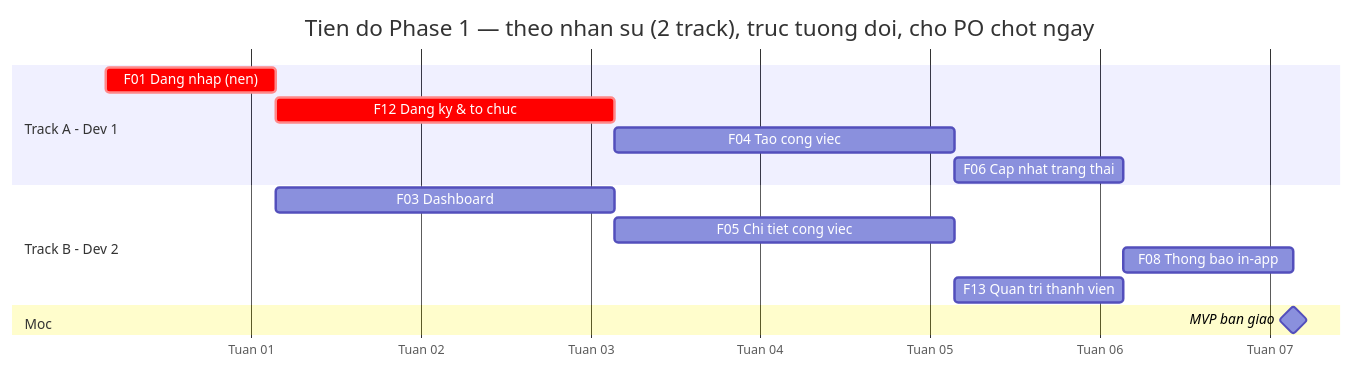
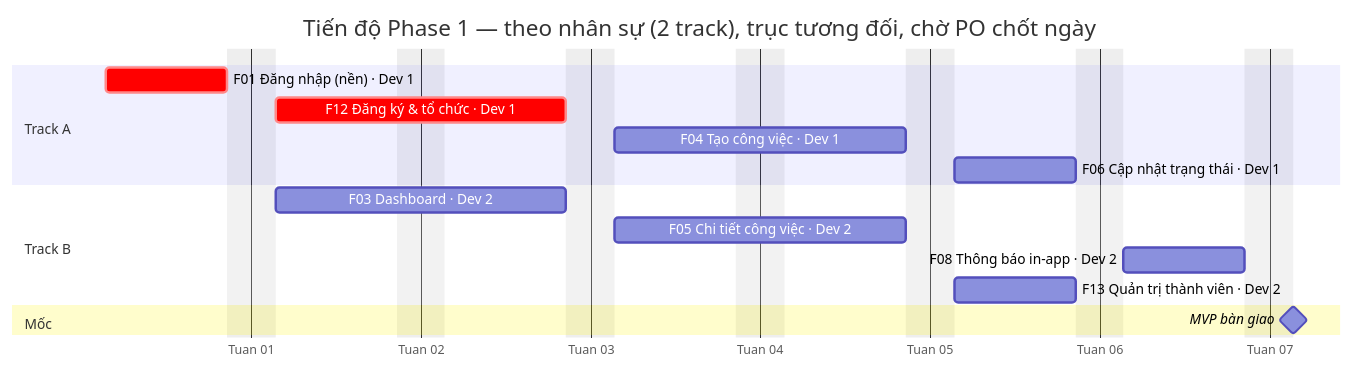
One commit to nghikc/veriline changed the diagram in .claude/skills/ba-accept/assets/release-template.md. Above: the diagram before and after it, drawn with Mermaid. The commit also changed 77 other files, not shown here.

Commit message:
feat(release): dong bo tu repo phat trien — goi Advance, bang chuyen trang thai, check-flow/check-state, gantt, nguon Figma, prototype, tang anh ac-audit-web (xuat tu ceeeac7)

````diff
--- a/.claude/skills/ba-accept/assets/release-template.md
+++ b/.claude/skills/ba-accept/assets/release-template.md
@@ -23,21 +23,23 @@
 ```mermaid
 gantt
-  title Tien do Phase 1 — theo nhan su (2 track), truc tuong doi, cho PO chot ngay
+  title Tiến độ Phase 1 — theo nhân sự (2 track), trục tương đối, chờ PO chốt ngày
   dateFormat YYYY-MM-DD
   axisFormat Tuan %W
+  excludes weekends
+  %% Số ngày = ngày làm (5d = 1 tuần); người làm ghi sau " · " trong tên việc → cột "Người làm"
 
-  section Track A - Dev 1
-    F01 Dang nhap (nen)     :crit, f01, 2026-01-05, 1w
-    F12 Dang ky & to chuc   :crit, f12, after f01, 2w
-    F04 Tao cong viec       :f04, after f12, 2w
-    F06 Cap nhat trang thai :f06, after f04, 1w
+  section Track A
+    F01 Đăng nhập (nền) · Dev 1     :crit, f01, 2026-01-05, 5d
+    F12 Đăng ký & tổ chức · Dev 1   :crit, f12, after f01, 10d
+    F04 Tạo công việc · Dev 1       :f04, after f12, 10d
+    F06 Cập nhật trạng thái · Dev 1 :f06, after f04, 5d
 
-  section Track B - Dev 2
-    F03 Dashboard           :f03, after f01, 2w
-    F05 Chi tiet cong viec  :f05, after f03, 2w
-    F08 Thong bao in-app    :f08, after f06, 1w
-    F13 Quan tri thanh vien :f13, after f05, 1w
+  section Track B
+    F03 Dashboard · Dev 2           :f03, after f01, 10d
+    F05 Chi tiết công việc · Dev 2  :f05, after f03, 10d
+    F08 Thông báo in-app · Dev 2    :f08, after f06, 5d
+    F13 Quản trị thành viên · Dev 2 :f13, after f05, 5d
 
-  section Moc
-    MVP ban giao            :milestone, m1, after f08, 0d
+  section Mốc
+    MVP bàn giao                    :milestone, m1, after f08, 0d
 ```
````
